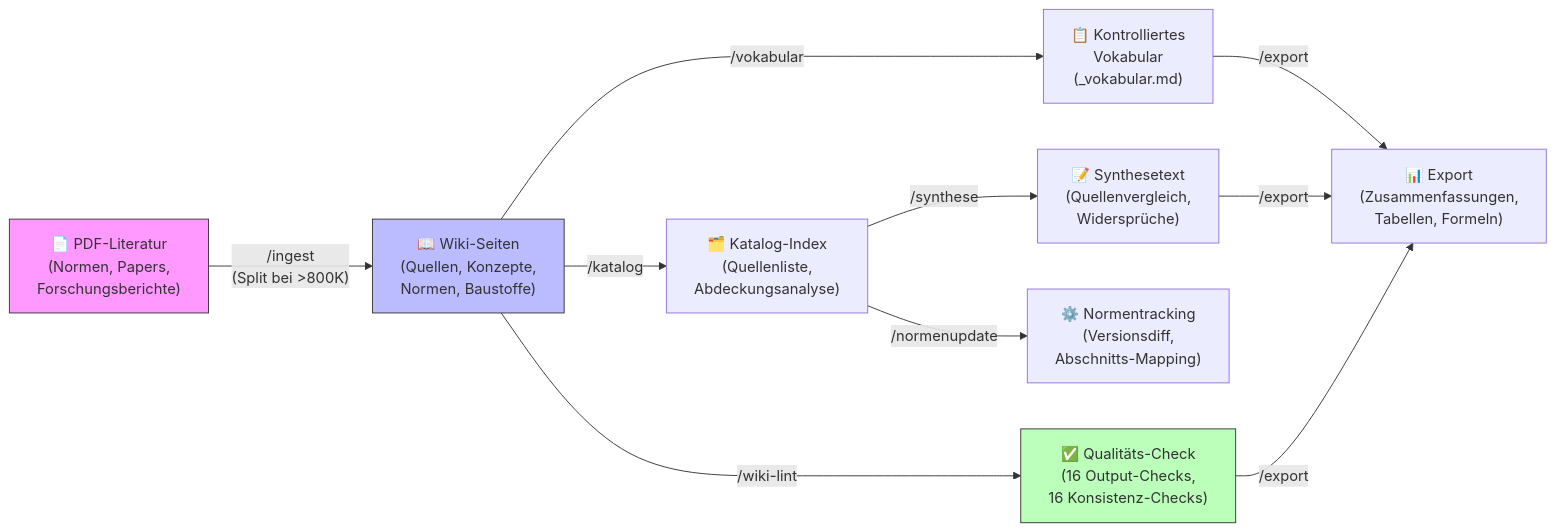
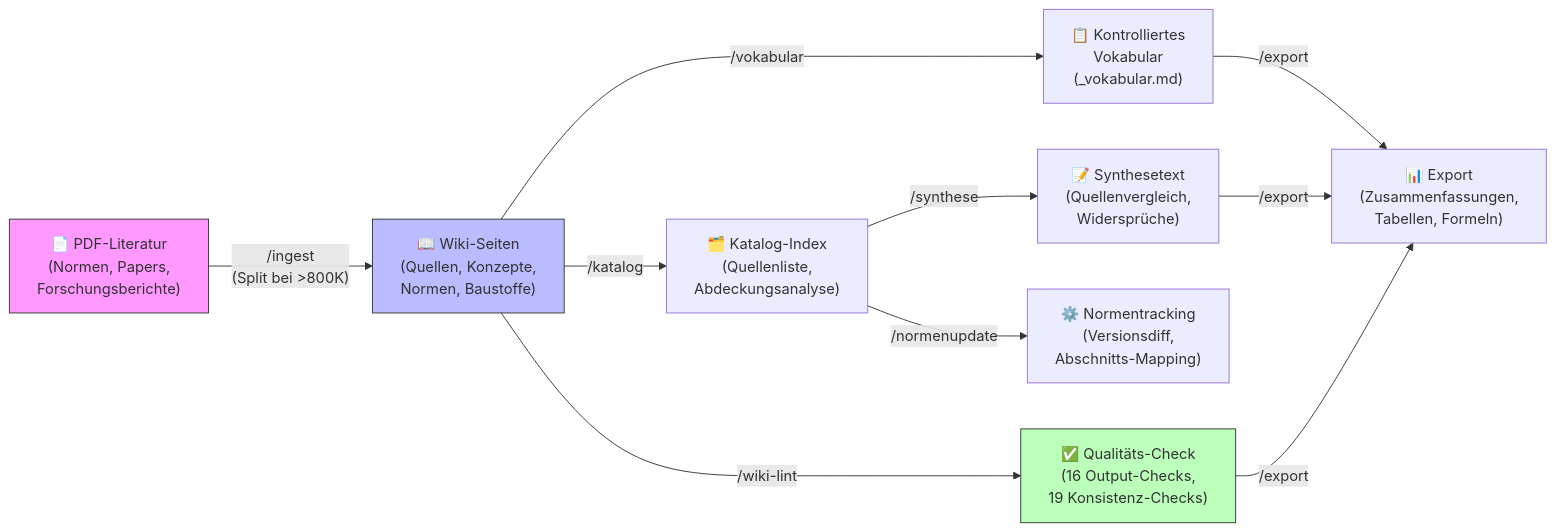
One commit to Disskaette/llm-wiki changed the diagram in ARCHITECTURE.md. Above: the diagram before and after it, drawn with Mermaid. The commit also changed other lines of this file and 7 other files, not shown here.

````diff
--- a/ARCHITECTURE.md
+++ b/ARCHITECTURE.md
@@ -5,16 +5,16 @@
 ```mermaid
 graph LR
     A["📄 PDF-Literatur\n(Normen, Papers,\nForschungsberichte)"] -->|"/ingest\n(Split bei >800K)"| B["📖 Wiki-Seiten\n(Quellen, Konzepte,\nNormen, Baustoffe)"]
     B -->|/vokabular| C["📋 Kontrolliertes\nVokabular\n(_vokabular.md)"]
     B -->|/katalog| D["🗂️ Katalog-Index\n(Quellenliste,\nAbdeckungsanalyse)"]
-    B -->|/wiki-lint| E["✅ Qualitäts-Check\n(16 Output-Checks,\n16 Konsistenz-Checks)"]
+    B -->|/wiki-lint| E["✅ Qualitäts-Check\n(16 Output-Checks,\n19 Konsistenz-Checks)"]
     D -->|/synthese| F["📝 Synthesetext\n(Quellenvergleich,\nWidersprüche)"]
     F -->|/export| G["📊 Export\n(Zusammenfassungen,\nTabellen, Formeln)"]
     E -->|/export| G
     C -->|/export| G
     D -->|/normenupdate| H["⚙️ Normentracking\n(Versionsdiff,\nAbschnitts-Mapping)"]
 
     style A fill:#f9f,stroke:#333
     style B fill:#bbf,stroke:#333
     style E fill:#bfb,stroke:#333
 ```
````
